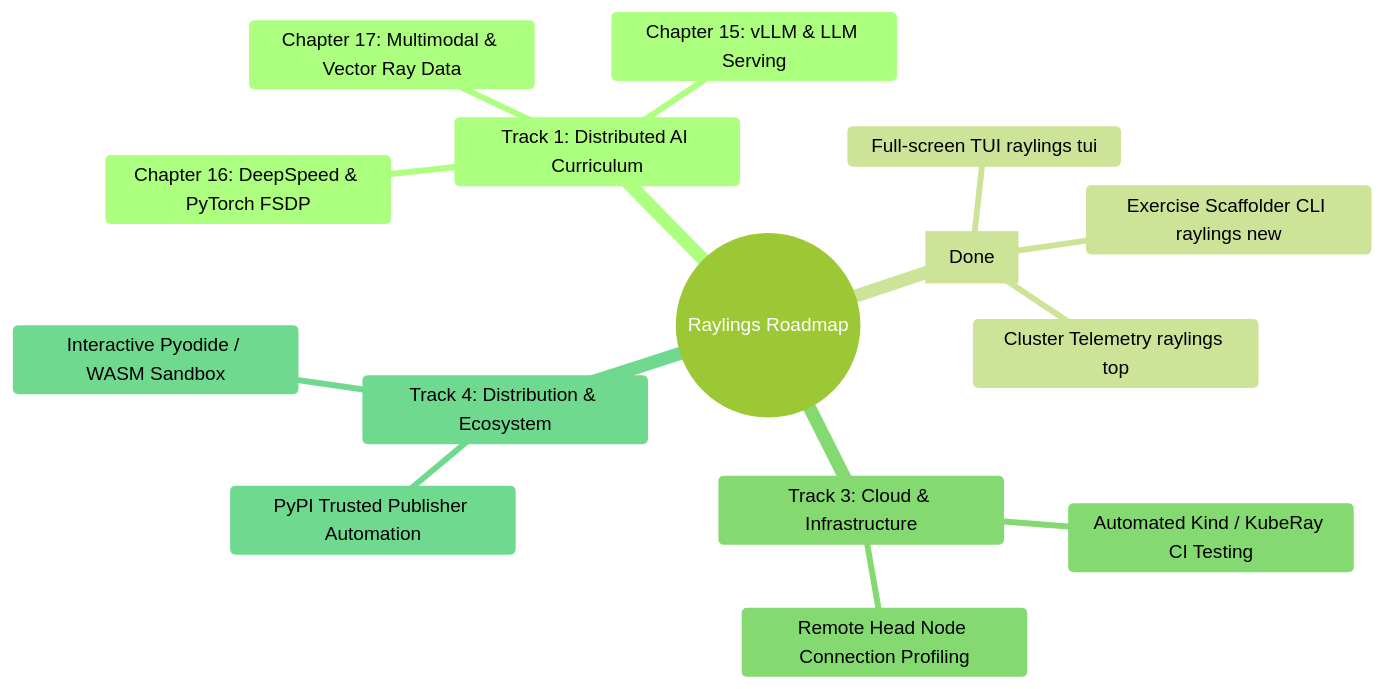
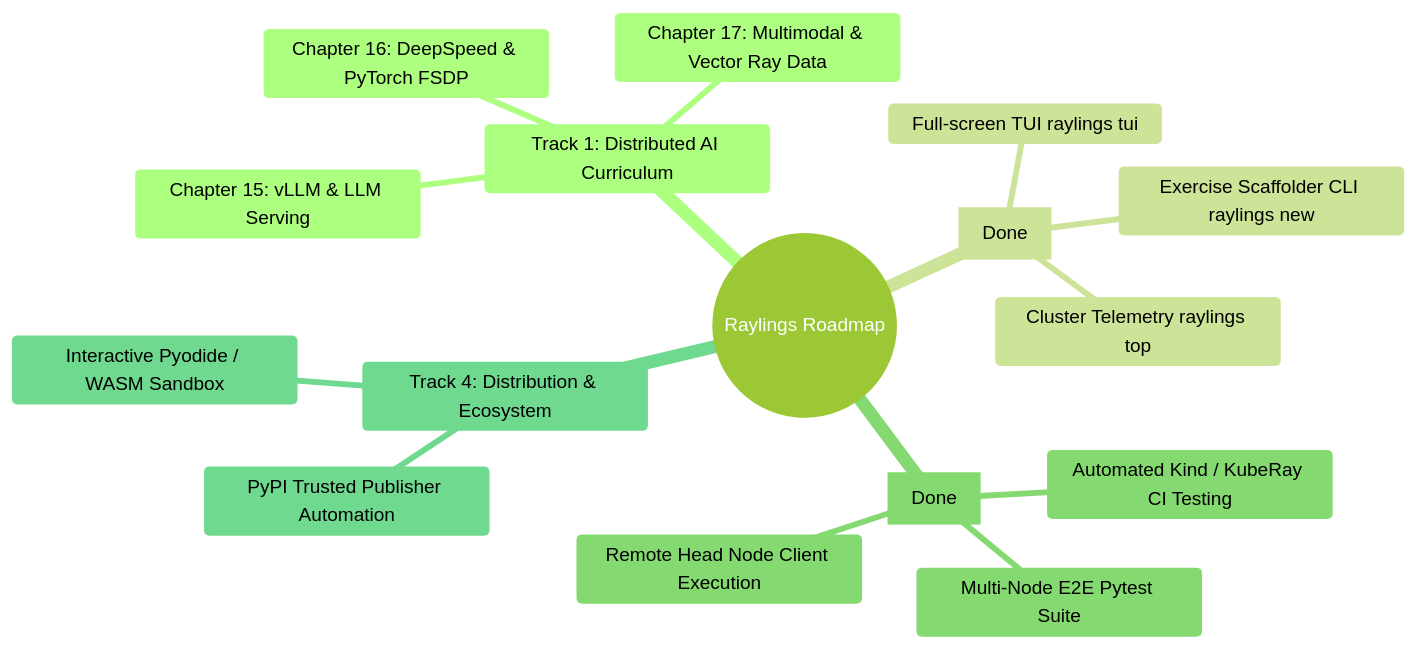
Before and after one commit to dnf0/raylings: the diagram in docs/ROADMAP.md, drawn with Mermaid (forest theme). The commit also changed other lines of this file and 13 other files, not shown here.

First line of the commit message:
feat(cloud): multi-node KinD + KubeRay CI testing infrastructure (#12)

````diff
--- a/docs/ROADMAP.md
+++ b/docs/ROADMAP.md
@@ -9,18 +9,19 @@
 ```mermaid
 mindmap
   root((Raylings Roadmap))
     Track 1: Distributed AI Curriculum
       Chapter 15: vLLM & LLM Serving
       Chapter 16: DeepSpeed & PyTorch FSDP
       Chapter 17: Multimodal & Vector Ray Data
     Track 2: Developer Tooling [Done]
       Full-screen TUI raylings tui
       Exercise Scaffolder CLI raylings new
       Cluster Telemetry raylings top
-    Track 3: Cloud & Infrastructure
+    Track 3: Cloud & Infrastructure [Done]
       Automated Kind / KubeRay CI Testing
-      Remote Head Node Connection Profiling
+      Multi-Node E2E Pytest Suite
+      Remote Head Node Client Execution
     Track 4: Distribution & Ecosystem
       PyPI Trusted Publisher Automation
       Interactive Pyodide / WASM Sandbox
 ```
````
